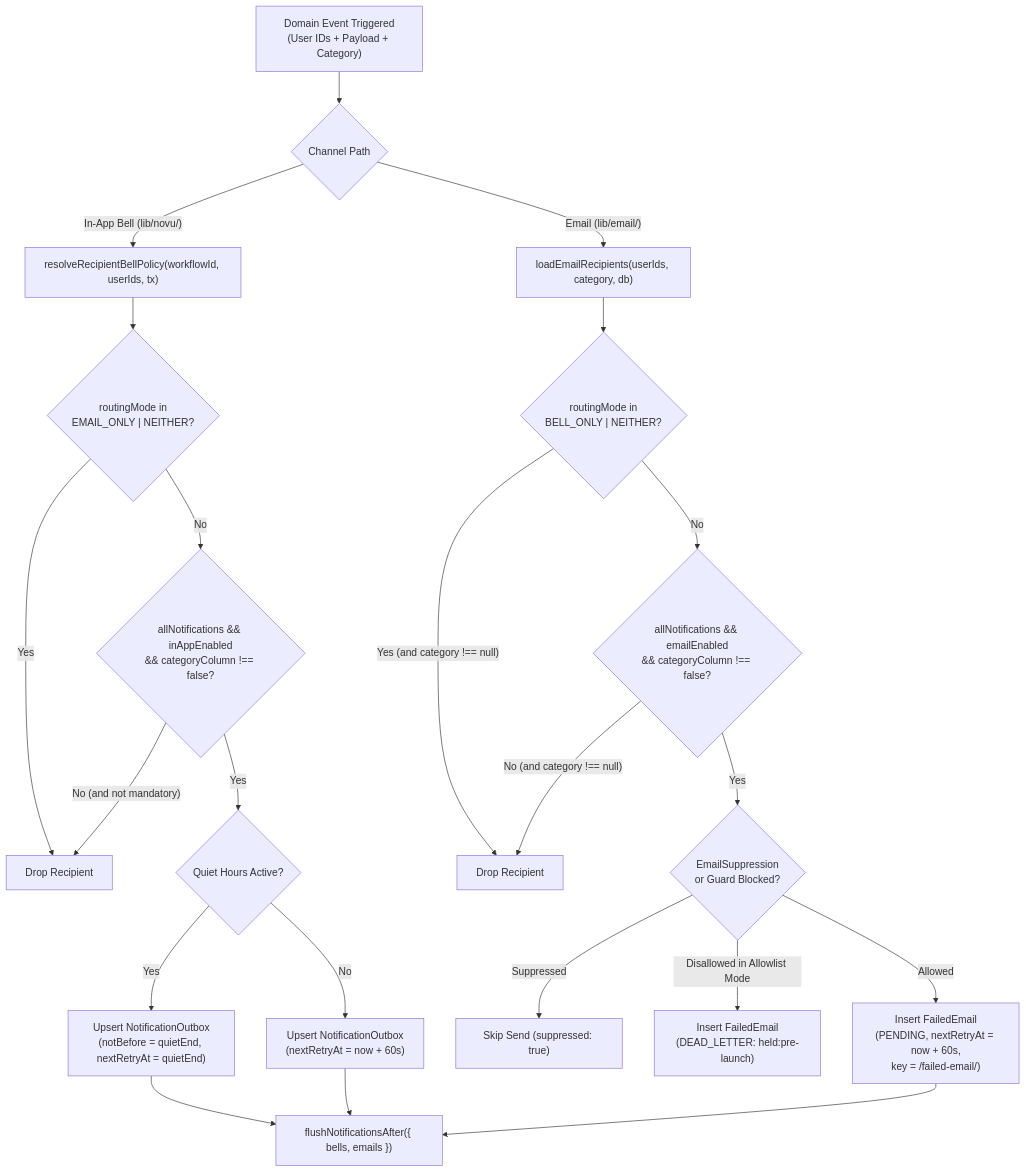
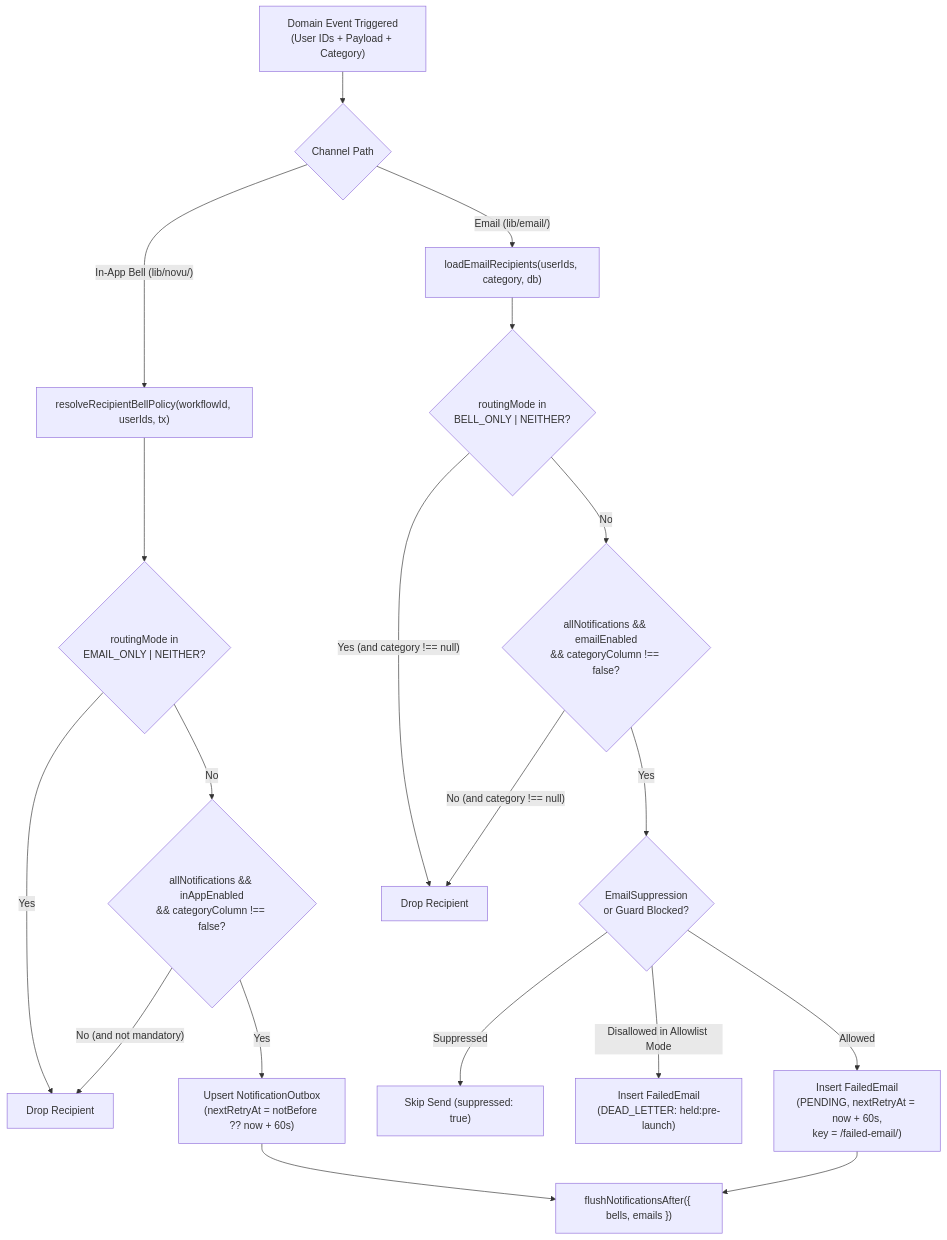
Before and after one commit to Practitionist/familiarise_web: the fourth of 5 diagrams in docs/notifications/01-architecture.md, drawn with Mermaid. The commit also changed other lines of this file and 32 other files, not shown here.

First line of the commit message:
fix(notifications): recheck bell audience at send time; per-recipient bulk triggers

````diff
--- a/docs/notifications/01-architecture.md
+++ b/docs/notifications/01-architecture.md
@@ -263,27 +265,24 @@
 ```mermaid
 flowchart TD
     Start["Domain Event Triggered<br/>(User IDs + Payload + Category)"] --> Split{"Channel Path"}
 
     Split -->|"In-App Bell (lib/novu/)"| BellPolicy["resolveRecipientBellPolicy(workflowId, userIds, tx)"]
     BellPolicy --> CheckModeBell{"routingMode in<br/>EMAIL_ONLY | NEITHER?"}
     CheckModeBell -->|"Yes"| DropBell["Drop Recipient"]
     CheckModeBell -->|"No"| CheckMasterBell{"allNotifications && inAppEnabled<br/>&& categoryColumn !== false?"}
     CheckMasterBell -->|"No (and not mandatory)"| DropBell
-    CheckMasterBell -->|"Yes"| QuietHours{"Quiet Hours Active?"}
-    QuietHours -->|"Yes"| StageDeferred["Upsert NotificationOutbox<br/>(notBefore = quietEnd, nextRetryAt = quietEnd)"]
-    QuietHours -->|"No"| StageImmediate["Upsert NotificationOutbox<br/>(nextRetryAt = now + 60s)"]
+    CheckMasterBell -->|"Yes"| StageImmediate["Upsert NotificationOutbox<br/>(nextRetryAt = notBefore ?? now + 60s)"]
 
     Split -->|"Email (lib/email/)"| EmailPolicy["loadEmailRecipients(userIds, category, db)"]
     EmailPolicy --> CheckModeEmail{"routingMode in<br/>BELL_ONLY | NEITHER?"}
     CheckModeEmail -->|"Yes (and category !== null)"| DropEmail["Drop Recipient"]
     CheckModeEmail -->|"No"| CheckPrefEmail{"allNotifications && emailEnabled<br/>&& categoryColumn !== false?"}
     CheckPrefEmail -->|"No (and category !== null)"| DropEmail
     CheckPrefEmail -->|"Yes"| CheckSupp{"EmailSuppression<br/>or Guard Blocked?"}
     CheckSupp -->|"Suppressed"| SkipSend["Skip Send (suppressed: true)"]
     CheckSupp -->|"Disallowed in Allowlist Mode"| HoldRow["Insert FailedEmail<br/>(DEAD_LETTER: held:pre-launch)"]
     CheckSupp -->|"Allowed"| StageEmail["Insert FailedEmail<br/>(PENDING, nextRetryAt = now + 60s,<br/>key = <TYPE>/failed-email/<row.id>)"]
 
-    StageDeferred --> Flush["flushNotificationsAfter({ bells, emails })"]
-    StageImmediate --> Flush
+    StageImmediate --> Flush["flushNotificationsAfter({ bells, emails })"]
     StageEmail --> Flush
 ```
````
